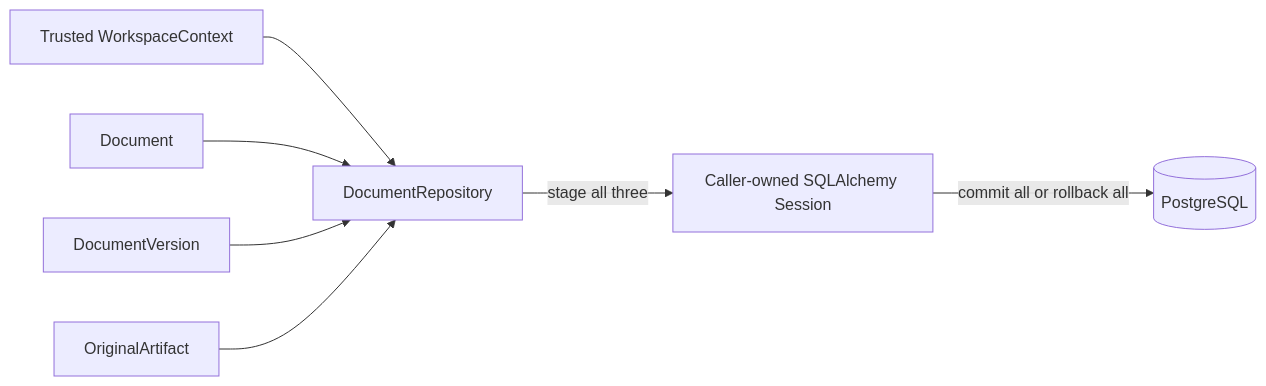
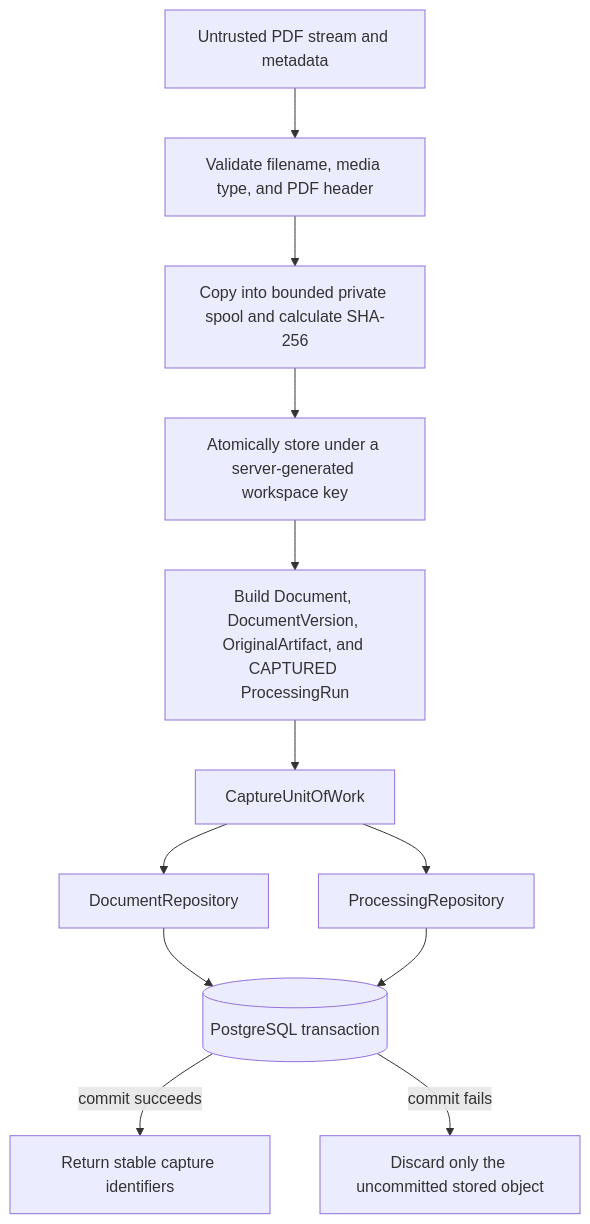
One commit to rnkraus/investment-research changed the second of 2 diagrams in backend/src/investment_research/modules/documents/README.md. Above: the diagram before and after it, drawn with Mermaid. The commit also changed other lines of this file and 16 other files, not shown here.

Commit message:
feat(documents): implement secure PDF capture

````diff
--- a/backend/src/investment_research/modules/documents/README.md
+++ b/backend/src/investment_research/modules/documents/README.md
@@ -27,9 +29,14 @@
 ```mermaid
-flowchart LR
-    CTX[Trusted WorkspaceContext] --> REPO[DocumentRepository]
-    D[Document] --> REPO
-    DV[DocumentVersion] --> REPO
-    OA[OriginalArtifact] --> REPO
-    REPO -->|stage all three| SESSION[Caller-owned SQLAlchemy Session]
-    SESSION -->|commit all or rollback all| PG[(PostgreSQL)]
+flowchart TD
+    INPUT[Untrusted PDF stream and metadata] --> TYPE[Validate filename, media type, and PDF header]
+    TYPE --> LIMIT[Copy into bounded private spool and calculate SHA-256]
+    LIMIT --> STORE[Atomically store under a server-generated workspace key]
+    STORE --> BUILD[Build Document, DocumentVersion, OriginalArtifact, and CAPTURED ProcessingRun]
+    BUILD --> UOW[CaptureUnitOfWork]
+    UOW --> DOCS[DocumentRepository]
+    UOW --> PROCESSING[ProcessingRepository]
+    DOCS --> PG[(PostgreSQL transaction)]
+    PROCESSING --> PG
+    PG -->|commit succeeds| RESULT[Return stable capture identifiers]
+    PG -->|commit fails| DISCARD[Discard only the uncommitted stored object]
 ```
````
